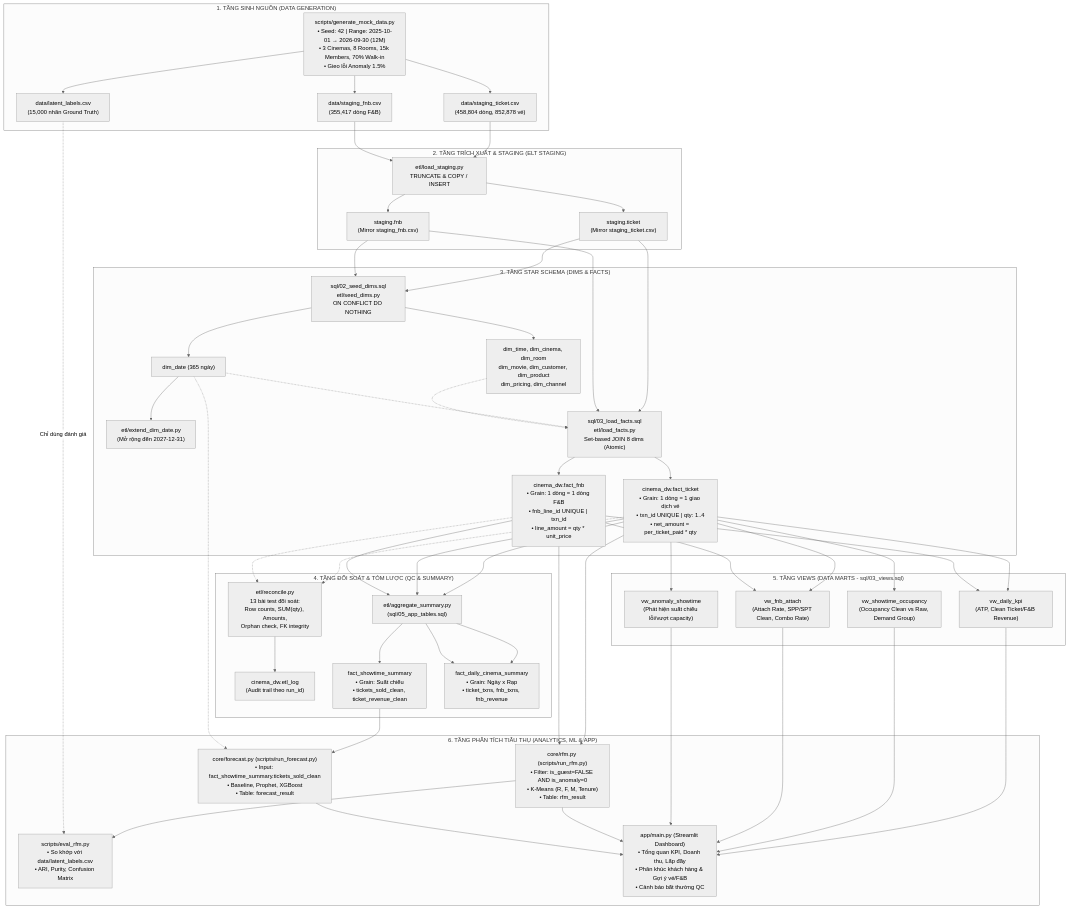
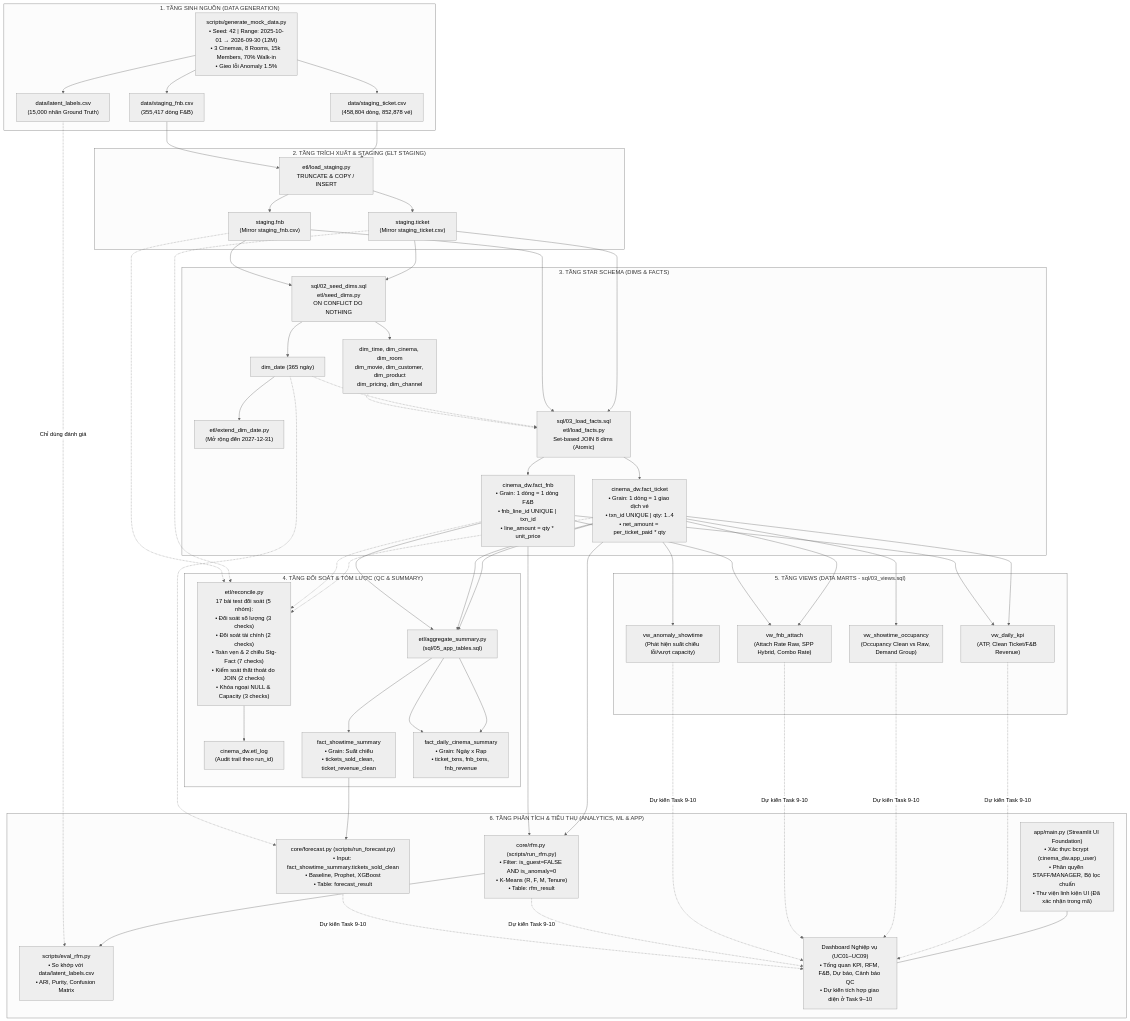
The diagram in docs/data_lineage.md (TrieuKy/NCKH_CinemaProject), drawn with Mermaid (neutral theme) before and after one commit. The commit also changed other lines of this file and 3 other files, not shown here.

Commit message:
docs(task-5.1): resolve documentation consistency for qc, kpi, lineage and historical guide

````diff
--- a/docs/data_lineage.md
+++ b/docs/data_lineage.md
@@ -56,9 +56,11 @@
     end
 
     subgraph S4["4. TẦNG ĐỐI SOÁT & TÓM LƯỢC (QC & SUMMARY)"]
-        QC_REC["etl/reconcile.py\n13 bài test đối soát:\nRow counts, SUM(qty), Amounts,\nOrphan check, FK integrity"]
+        QC_REC["etl/reconcile.py\n17 bài test đối soát (5 nhóm):\n• Đối soát số lượng (3 checks)\n• Đối soát tài chính (2 checks)\n• Toàn vẹn & 2 chiều Stg-Fact (7 checks)\n• Kiểm soát thất thoát do JOIN (2 checks)\n• Khóa ngoại NULL & Capacity (3 checks)"]
         FACT_T -.-> QC_REC
         FACT_F -.-> QC_REC
+        STG_T -.-> QC_REC
+        STG_F -.-> QC_REC
         LOG_ETL["cinema_dw.etl_log\n(Audit trail theo run_id)"]
         QC_REC --> LOG_ETL
 
@@ -74,7 +76,7 @@
     subgraph S5["5. TẦNG VIEWS (DATA MARTS - sql/03_views.sql)"]
         VW_KPI["vw_daily_kpi\n(ATP, Clean Ticket/F&B Revenue)"]
         VW_OCC["vw_showtime_occupancy\n(Occupancy Clean vs Raw, Demand Group)"]
-        VW_ATT["vw_fnb_attach\n(Attach Rate, SPP/SPT Clean, Combo Rate)"]
+        VW_ATT["vw_fnb_attach\n(Attach Rate Raw, SPP Hybrid, Combo Rate)"]
         VW_ANM["vw_anomaly_showtime\n(Phát hiện suất chiếu lỗi/vượt capacity)"]
 
         FACT_T --> VW_KPI
@@ -85,13 +87,15 @@
         FACT_T --> VW_ANM
     end
 
-    subgraph S6["6. TẦNG PHÂN TÍCH TIÂU THỤ (ANALYTICS, ML & APP)"]
+    subgraph S6["6. TẦNG PHÂN TÍCH & TIÊU THỤ (ANALYTICS, ML & APP)"]
         MOD_RFM["core/rfm.py (scripts/run_rfm.py)\n• Filter: is_guest=FALSE AND is_anomaly=0\n• K-Means (R, F, M, Tenure)\n• Table: rfm_result"]
         EVAL_RFM["scripts/eval_rfm.py\n• So khớp với data/latent_labels.csv\n• ARI, Purity, Confusion Matrix"]
         
         MOD_FC["core/forecast.py (scripts/run_forecast.py)\n• Input: fact_showtime_summary.tickets_sold_clean\n• Baseline, Prophet, XGBoost\n• Table: forecast_result"]
         
-        APP_UI["app/main.py (Streamlit Dashboard)\n• Tổng quan KPI, Doanh thu, Lấp đầy\n• Phân khúc khách hàng & Gợi ý vé/F&B\n• Cảnh báo bất thường QC"]
+        APP_SHELL["app/main.py (Streamlit UI Foundation)\n• Xác thực bcrypt (cinema_dw.app_user)\n• Phân quyền STAFF/MANAGER, Bộ lọc chuẩn\n• Thư viện linh kiện UI (Đã xác nhận trong mã)"]
+
+        APP_DASH["Dashboard Nghiệp vụ (UC01–UC09)\n• Tổng quan KPI, RFM, F&B, Dự báo, Cảnh báo QC\n• Dự kiến tích hợp giao diện ở Task 9–10"]
 
         FACT_T --> MOD_RFM
         FACT_F --> MOD_RFM
@@ -101,11 +105,12 @@
         SUM_SHOW --> MOD_FC
         D_DATE -.-> MOD_FC
 
-        VW_KPI --> APP_UI
-        VW_OCC --> APP_UI
-        VW_ATT --> APP_UI
-        VW_ANM --> APP_UI
-        MOD_RFM --> APP_UI
-        MOD_FC --> APP_UI
+        APP_SHELL --- APP_DASH
+        VW_KPI -.->|Dự kiến Task 9-10| APP_DASH
+        VW_OCC -.->|Dự kiến Task 9-10| APP_DASH
+        VW_ATT -.->|Dự kiến Task 9-10| APP_DASH
+        VW_ANM -.->|Dự kiến Task 9-10| APP_DASH
+        MOD_RFM -.->|Dự kiến Task 9-10| APP_DASH
+        MOD_FC -.->|Dự kiến Task 9-10| APP_DASH
     end
 ```
````
